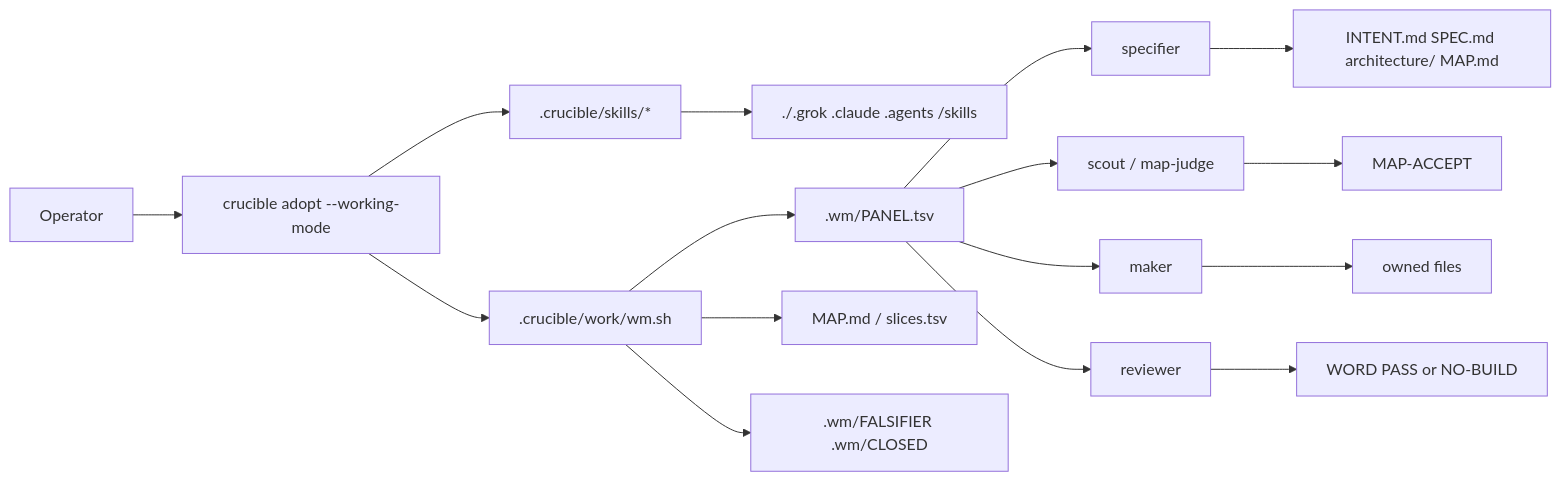
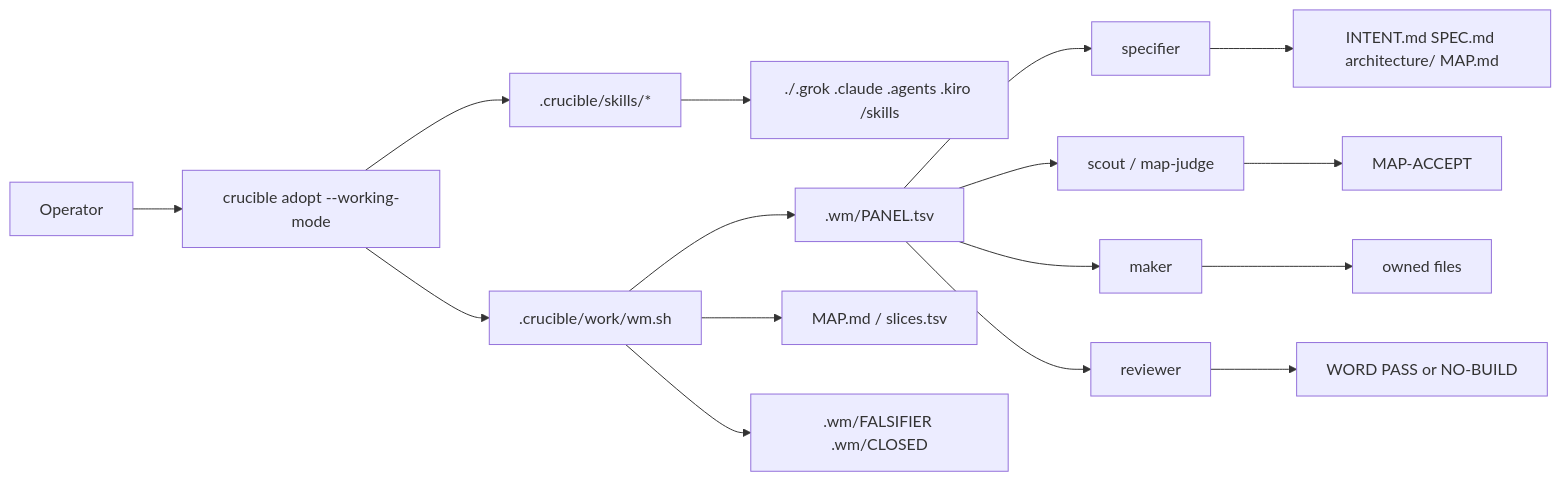
One commit to medhatgalal/crucible changed the first of 3 diagrams in docs/working-mode.md. Above: the diagram before and after it, drawn with Mermaid. The commit also changed other lines of this file and 72 other files, not shown here.

````diff
--- a/docs/working-mode.md
+++ b/docs/working-mode.md
@@ -297,18 +299,18 @@
 ```mermaid
 flowchart LR
   op[Operator] --> adopt["crucible adopt --working-mode"]
   adopt --> engine[".crucible/work/wm.sh"]
   adopt --> skills[".crucible/skills/*"]
-  skills --> views["./.grok .claude .agents /skills"]
+  skills --> views["./.grok .claude .agents .kiro /skills"]
   engine --> panel[".wm/PANEL.tsv"]
   engine --> map["MAP.md / slices.tsv"]
   engine --> brick[".wm/FALSIFIER .wm/CLOSED"]
   panel --> specN[specifier]
   panel --> scoutN[scout / map-judge]
   panel --> makerN[maker]
   panel --> revN[reviewer]
   specN --> specFiles["INTENT.md SPEC.md architecture/ MAP.md"]
   scoutN --> accept["MAP-ACCEPT"]
   makerN --> product[owned files]
   revN --> word["WORD PASS or NO-BUILD"]
 ```
````
